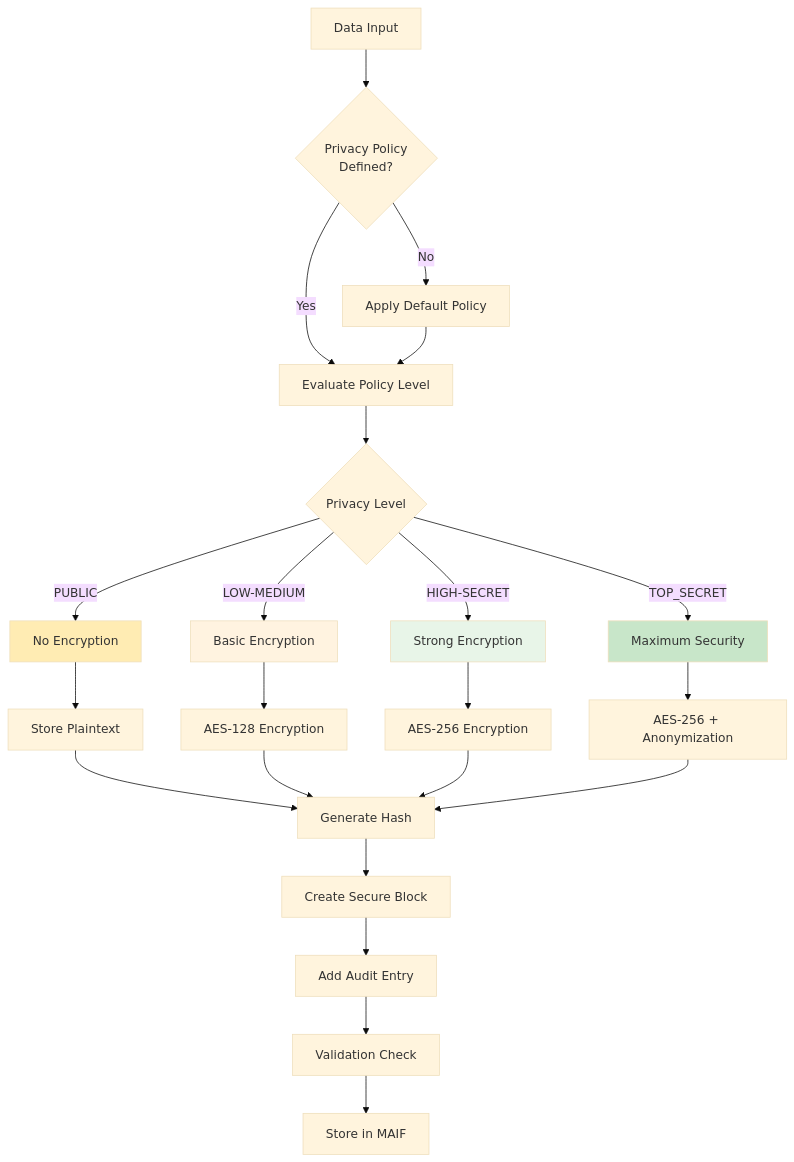
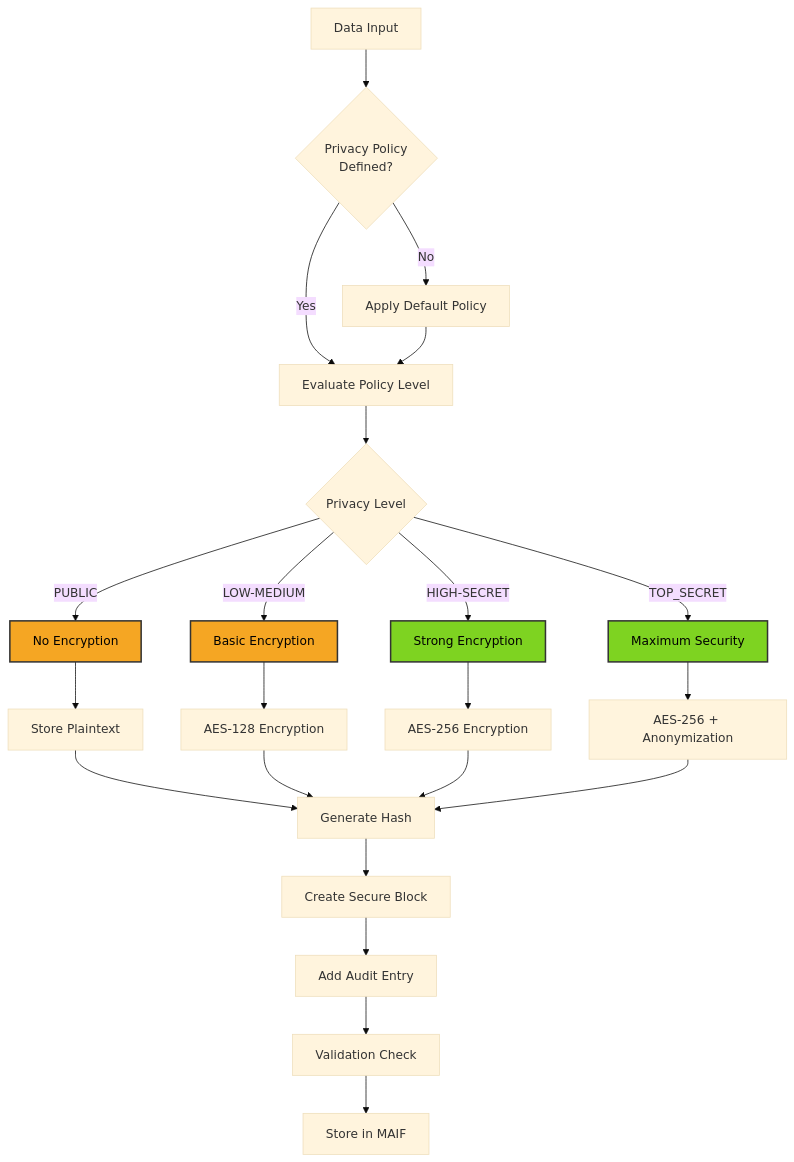
One commit to mbhatt1/maifscratch changed diagram 15 of 24 in SECURITY_SPECIFICATION.md. Above: the diagram before and after it, drawn with Mermaid (base theme). The commit also changed other lines of this file, not shown here.

````diff
--- a/SECURITY_SPECIFICATION.md
+++ b/SECURITY_SPECIFICATION.md
@@ -705,33 +705,33 @@
 ```mermaid
 flowchart TD
     A[Data Input] --> B{Privacy Policy<br/>Defined?}
     B -->|No| C[Apply Default Policy]
     B -->|Yes| D[Evaluate Policy Level]
     C --> D
     
     D --> E{Privacy Level}
     E -->|PUBLIC| F[No Encryption]
     E -->|LOW-MEDIUM| G[Basic Encryption]
     E -->|HIGH-SECRET| H[Strong Encryption]
     E -->|TOP_SECRET| I[Maximum Security]
     
     F --> J[Store Plaintext]
     G --> K[AES-128 Encryption]
     H --> L[AES-256 Encryption]
     I --> M[AES-256 + Anonymization]
     
     J --> N[Generate Hash]
     K --> N
     L --> N
     M --> N
     
     N --> O[Create Secure Block]
     O --> P[Add Audit Entry]
     P --> Q[Validation Check]
     Q --> R[Store in MAIF]
     
-    style F fill:#ffecb3
-    style G fill:#fff3e0
-    style H fill:#e8f5e8
-    style I fill:#c8e6c9
+    style F fill:#F5A623,stroke:#333,stroke-width:2px,color:#000
+    style G fill:#F5A623,stroke:#333,stroke-width:2px,color:#000
+    style H fill:#7ED321,stroke:#333,stroke-width:2px,color:#000
+    style I fill:#7ED321,stroke:#333,stroke-width:2px,color:#000
 ```
````
